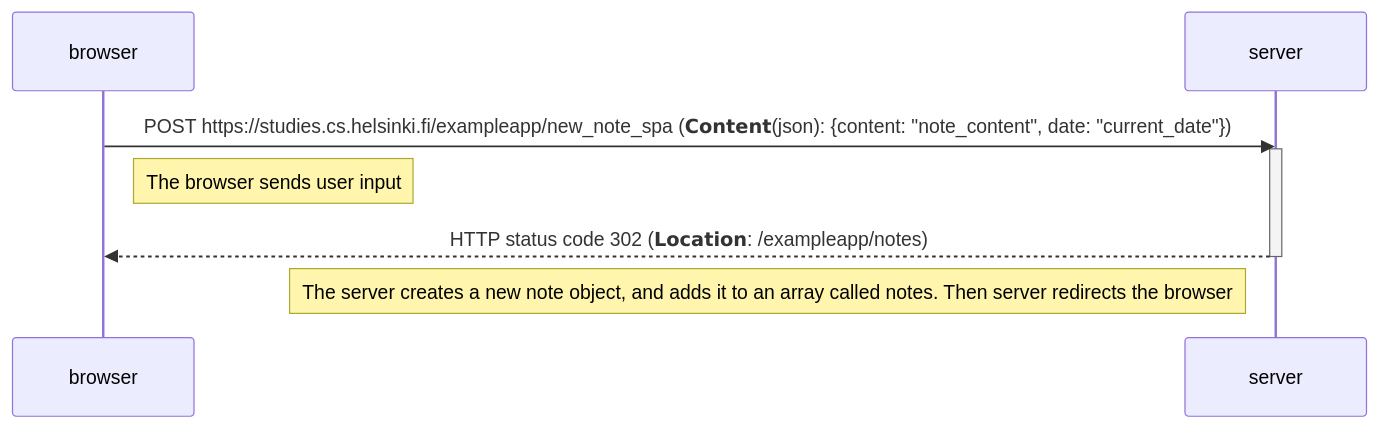
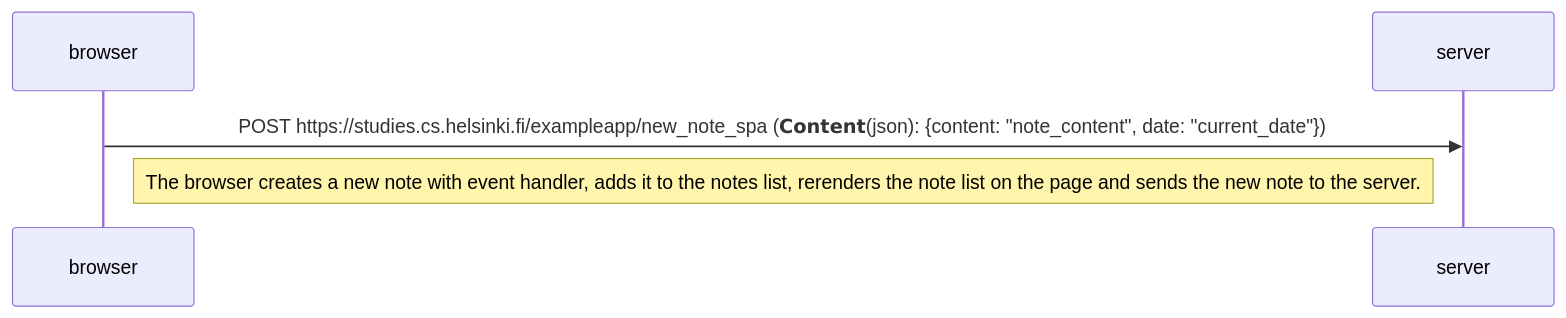
Before and after one commit to Gr701/intro: the diagram in task_0_6.md, drawn with Mermaid.

````diff
--- a/task_0_6.md
+++ b/task_0_6.md
@@ -1,11 +1,7 @@
 ```mermaid
     sequenceDiagram
                 
         browser->>server: POST https://studies.cs.helsinki.fi/exampleapp/new_note_spa (𝗖𝗼𝗻𝘁𝗲𝗻𝘁(json): {content: "note_content", date: "current_date"})
-        activate server
-        Note right of browser: The browser sends user input
-        server-->>browser: HTTP status code 302 (𝗟𝗼𝗰𝗮𝘁𝗶𝗼𝗻: /exampleapp/notes)
-        deactivate server
-        Note left of server: The server creates a new note object, and adds it to an array called notes. Then server redirects the browser
+        Note right of browser: The browser creates a new note with event handler, adds it to the notes list, rerenders the note list on the page and sends the new note to the server.
                              
 ```
````
